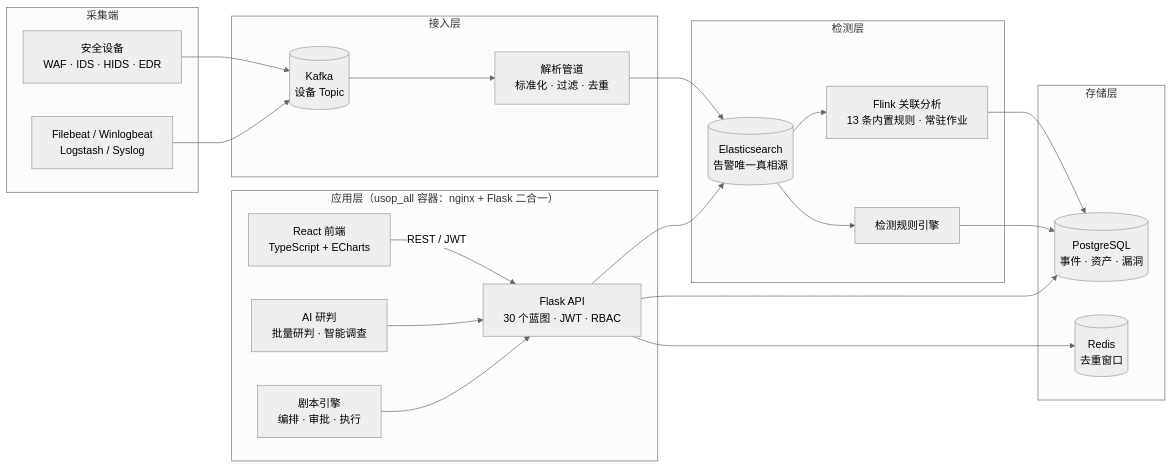
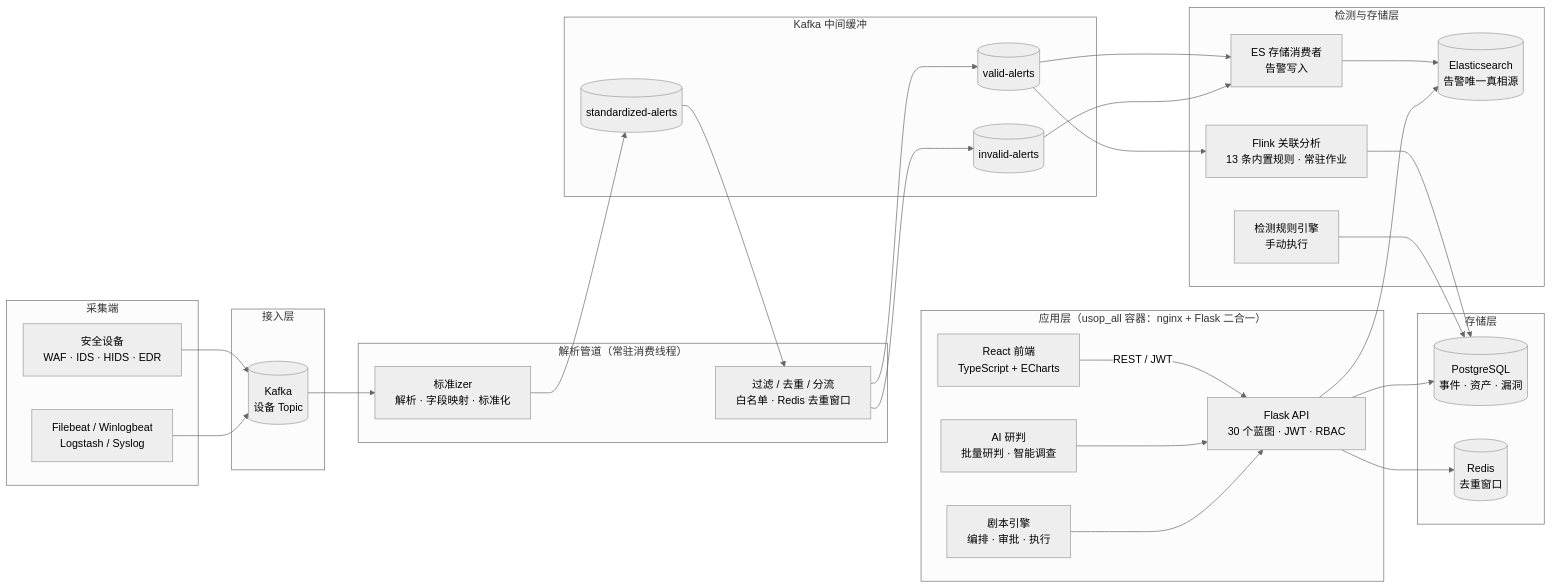
One commit to Reconss/usop changed the diagram in README.md. Above: the diagram before and after it, drawn with Mermaid (neutral theme). The commit also changed other lines of this file, not shown here.

Commit message:
docs(readme): 修正平台架构数据流——解析管道走 Kafka 多跳缓冲，Flink 从 Kafka 读而非 ES

````diff
--- a/README.md
+++ b/README.md
@@ -36,40 +36,57 @@
 ```mermaid
 flowchart LR
     subgraph agents["采集端"]
         beat["Filebeat / Winlogbeat<br/>Logstash / Syslog"]
         device["安全设备<br/>WAF · IDS · HIDS · EDR"]
     end
 
     subgraph ingest["接入层"]
-        kafka[("Kafka<br/>设备 Topic")]
-        pipeline["解析管道<br/>标准化 · 过滤 · 去重"]
+        devkafka[("Kafka<br/>设备 Topic")]
     end
 
-    subgraph detect["检测层"]
+    subgraph pipeline["解析管道（常驻消费线程）"]
+        std["标准izer<br/>解析 · 字段映射 · 标准化"]
+        filt["过滤 / 去重 / 分流<br/>白名单 · Redis 去重窗口"]
+    end
+
+    subgraph kbuf["Kafka 中间缓冲"]
+        stdk[("standardized-alerts")]
+        validk[("valid-alerts")]
+        invk[("invalid-alerts")]
+    end
+
+    subgraph detect["检测与存储层"]
+        essink["ES 存储消费者<br/>告警写入"]
         es[("Elasticsearch<br/>告警唯一真相源")]
         flink["Flink 关联分析<br/>13 条内置规则 · 常驻作业"]
-        engine["检测规则引擎"]
+        engine["检测规则引擎<br/>手动执行"]
     end
 
     subgraph app["应用层（usop_all 容器：nginx + Flask 二合一）"]
         ui["React 前端<br/>TypeScript + ECharts"]
         api["Flask API<br/>30 个蓝图 · JWT · RBAC"]
         ai["AI 研判<br/>批量研判 · 智能调查"]
         playbook["剧本引擎<br/>编排 · 审批 · 执行"]
     end
 
     subgraph data["存储层"]
         pg[("PostgreSQL<br/>事件 · 资产 · 漏洞")]
         redis[("Redis<br/>去重窗口")]
     end
 
-    device --> kafka
-    beat --> kafka
-    kafka --> pipeline --> es
-    es --> flink --> pg
-    es --> engine --> pg
+    device --> devkafka
+    beat --> devkafka
+    devkafka --> std
+    std --> stdk
+    stdk --> filt
+    filt --> validk
+    filt --> invk
+    validk --> essink --> es
+    invk --> essink
+    validk --> flink --> pg
+    engine --> pg
     ui -->|"REST / JWT"| api
     ai --> api
     playbook --> api
     api --> es & pg & redis
 ```
````
